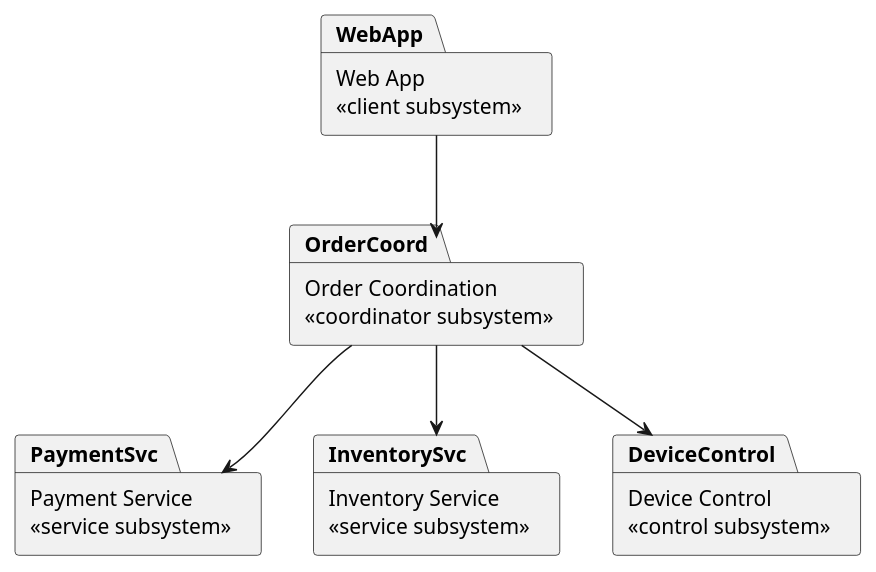
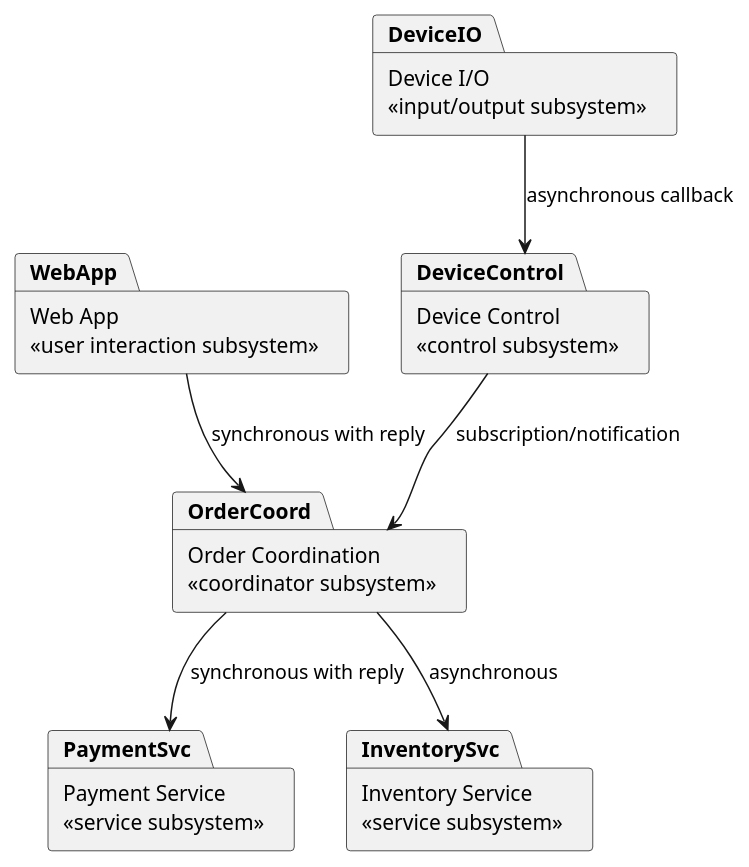
Before and after one commit to nttung42/SWD392: the tenth of 13 diagrams in .agents/.skills/comet-diagrams/references/plantuml-templates.md, drawn with PlantUML. The commit also changed other lines of this file and 4 other files, not shown here.

````diff
--- a/.agents/.skills/comet-diagrams/references/plantuml-templates.md
+++ b/.agents/.skills/comet-diagrams/references/plantuml-templates.md
@@ -212,14 +233,16 @@
 ```plantuml
 @startuml
-package "Web App\n«client subsystem»" as WebApp
+package "Web App\n«user interaction subsystem»" as WebApp
 package "Order Coordination\n«coordinator subsystem»" as OrderCoord
 package "Payment Service\n«service subsystem»" as PaymentSvc
 package "Inventory Service\n«service subsystem»" as InventorySvc
+package "Device I/O\n«input/output subsystem»" as DeviceIO
 package "Device Control\n«control subsystem»" as DeviceControl
 
-WebApp --> OrderCoord
-OrderCoord --> PaymentSvc
-OrderCoord --> InventorySvc
-OrderCoord --> DeviceControl
+WebApp --> OrderCoord : synchronous with reply
+OrderCoord --> PaymentSvc : synchronous with reply
+OrderCoord --> InventorySvc : asynchronous
+DeviceIO --> DeviceControl : asynchronous callback
+DeviceControl --> OrderCoord : subscription/notification
 @enduml
 ```
````
